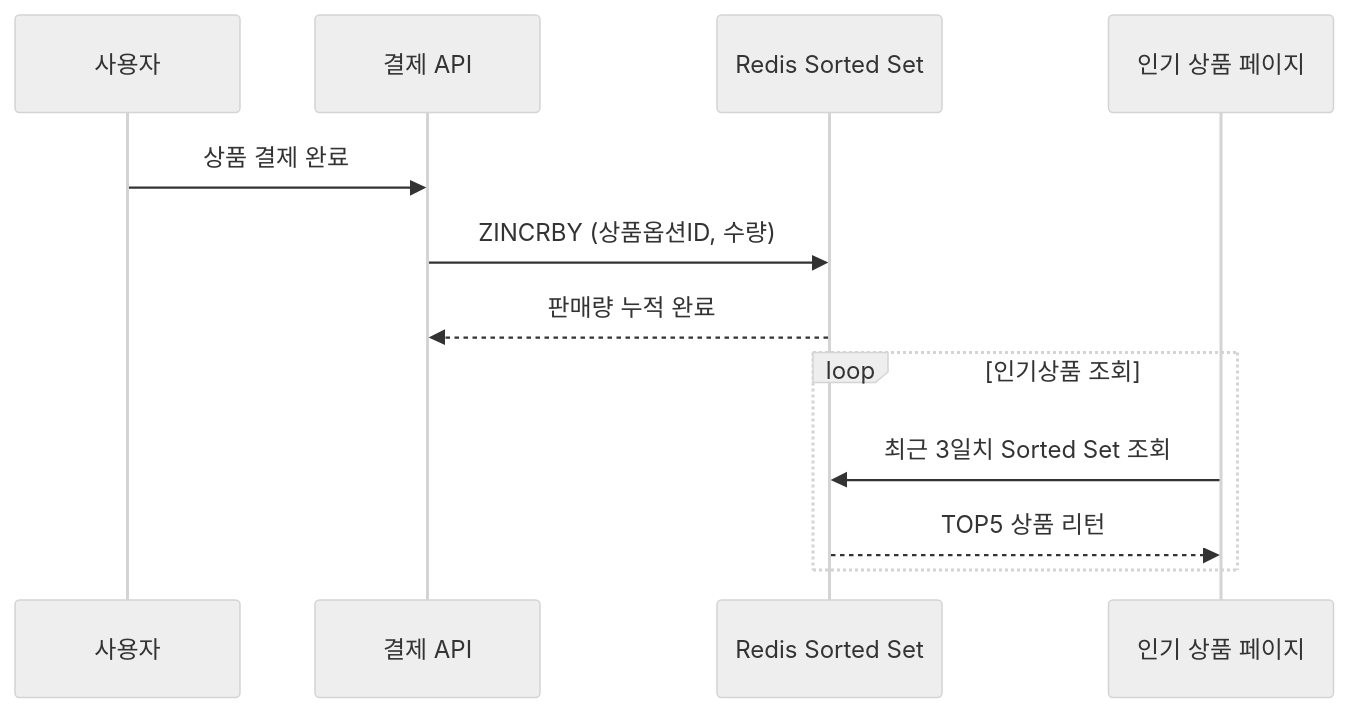
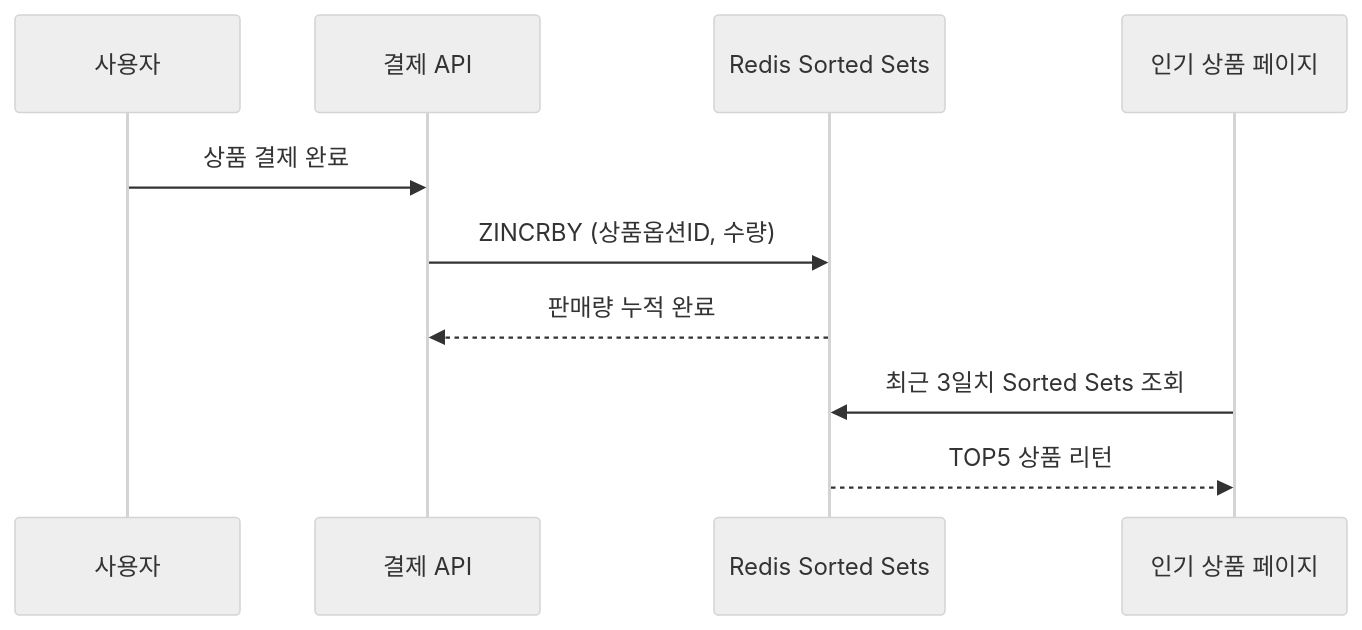
The diagram in docs/8.RedisDataTypeProductStatistics.md (qkr107781/hhplus_e-commerce_server), drawn with Mermaid (neutral theme) before and after one commit. The commit also changed other lines of this file and 1 other file, not shown here.

Commit message:
[docs] 보고서 수정

````diff
--- a/docs/8.RedisDataTypeProductStatistics.md
+++ b/docs/8.RedisDataTypeProductStatistics.md
@@ -56,16 +56,14 @@
 ```mermaid
 sequenceDiagram
     participant User as 사용자
     participant System as 결제 API
-    participant Redis as Redis Sorted Set
+    participant Redis as Redis Sorted Sets
     participant Page as 인기 상품 페이지
 
     User->>System: 상품 결제 완료
     System->>Redis: ZINCRBY (상품옵션ID, 수량)
     Redis-->>System: 판매량 누적 완료
 
-    loop 인기상품 조회
-        Page->>Redis: 최근 3일치 Sorted Set 조회
-        Redis-->>Page: TOP5 상품 리턴
-    end
+    Page->>Redis: 최근 3일치 Sorted Sets 조회
+    Redis-->>Page: TOP5 상품 리턴
 ```
````
